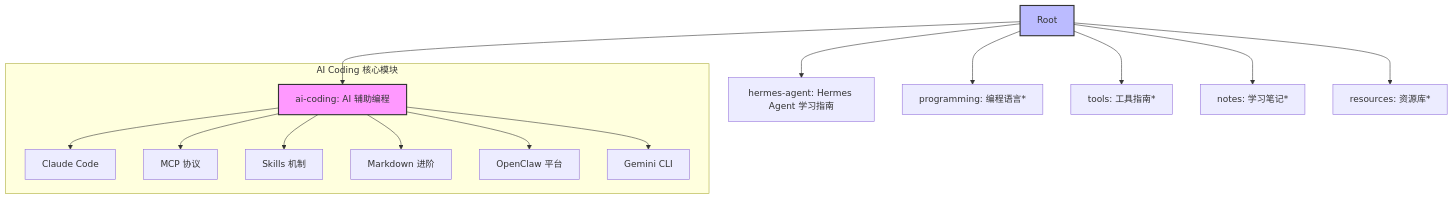
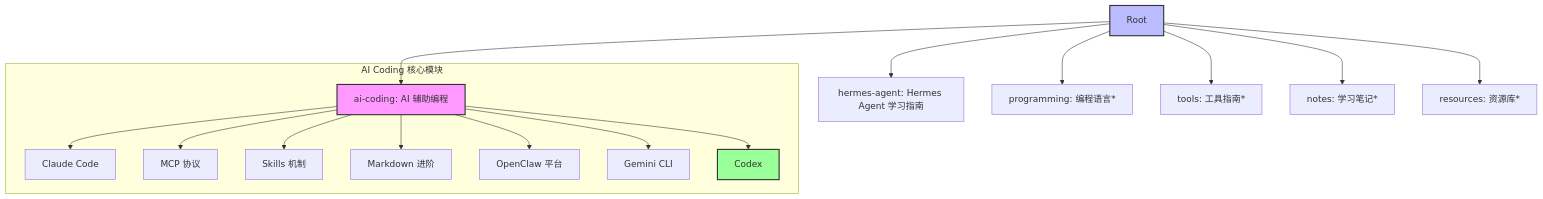
One commit to daruizi/jerrys-knowledge-base changed the diagram in README.md. Above: the diagram before and after it, drawn with Mermaid. The commit also changed other lines of this file and 2 other files, not shown here.

First line of the commit message:
docs(ai-coding): 新增《Codex（ChatGPT）从入门到精通》指南

````diff
--- a/README.md
+++ b/README.md
@@ -11,21 +11,23 @@
 ```mermaid
 graph TD
     ROOT[Root] --> AI[ai-coding: AI 辅助编程]
     ROOT --> HERMES[hermes-agent: Hermes Agent 学习指南]
     ROOT --> PROG[programming: 编程语言*]
     ROOT --> TOOLS[tools: 工具指南*]
     ROOT --> NOTES[notes: 学习笔记*]
     ROOT --> RES[resources: 资源库*]
     
     subgraph "AI Coding 核心模块"
         AI --> M1[Claude Code]
         AI --> M2[MCP 协议]
         AI --> M3[Skills 机制]
         AI --> M4[Markdown 进阶]
         AI --> M5[OpenClaw 平台]
         AI --> M6[Gemini CLI]
+        AI --> M7[Codex]
     end
     
     style AI fill:#f9f,stroke:#333,stroke-width:2px
     style ROOT fill:#bbf,stroke:#333,stroke-width:2px
+    style M7 fill:#9f9,stroke:#333,stroke-width:2px
 ```
````
